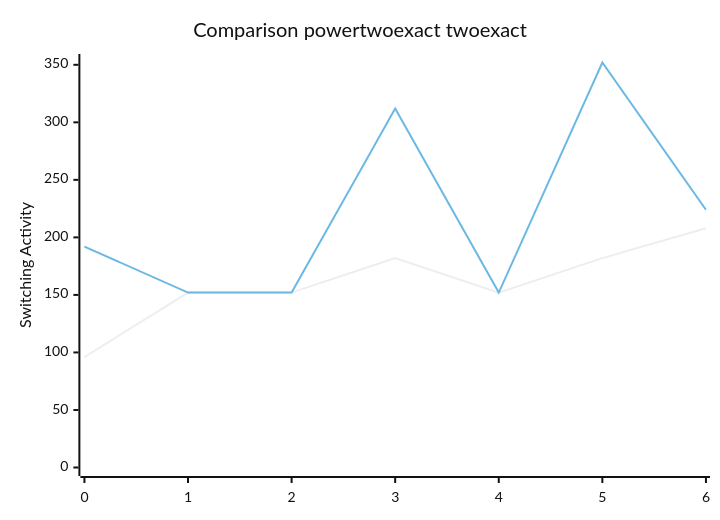
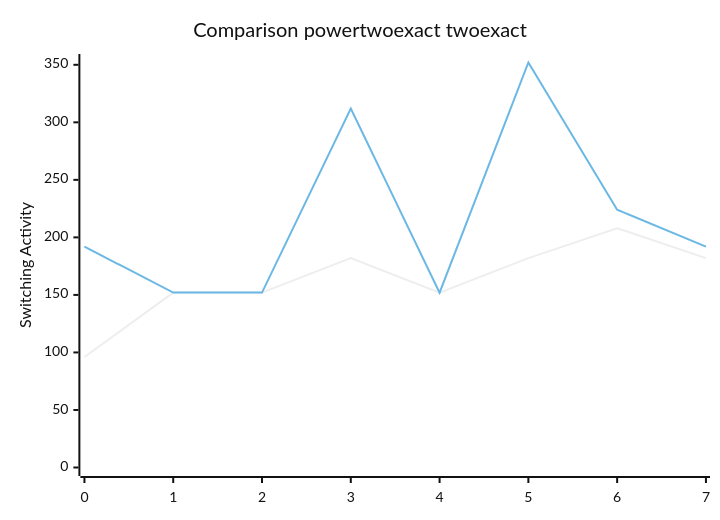
The diagram in benchmark.md (FeldmeierMichael/Exact-Power-Synthesis), drawn with Mermaid (neutral theme) before and after one commit. The commit also changed other lines of this file and 2 other files, not shown here.

````diff
--- a/benchmark.md
+++ b/benchmark.md
@@ -25,8 +27,8 @@
 ```mermaid
 xychart-beta
     title "Comparison powertwoexact twoexact"
-    x-axis [0, 1, 2, 3, 4, 5, 6]
+    x-axis [0, 1, 2, 3, 4, 5, 6, 7]
     y-axis "Switching Activity" 0-->352
-    line [96, 152, 152, 182, 152, 182, 208]
-    line [192, 152, 152, 312, 152, 352, 224]
+    line [96, 152, 152, 182, 152, 182, 208, 182]
+    line [192, 152, 152, 312, 152, 352, 224, 192]
 ```
````
